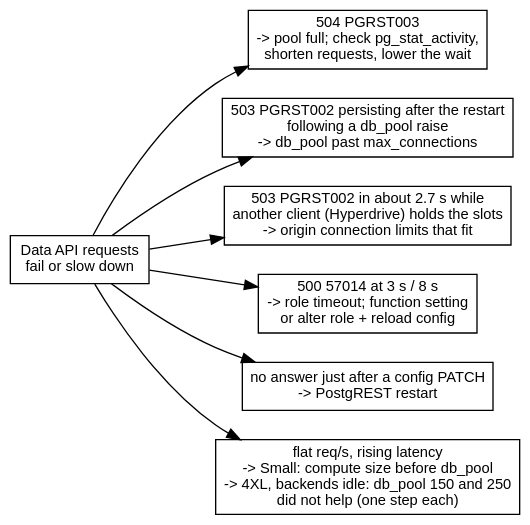
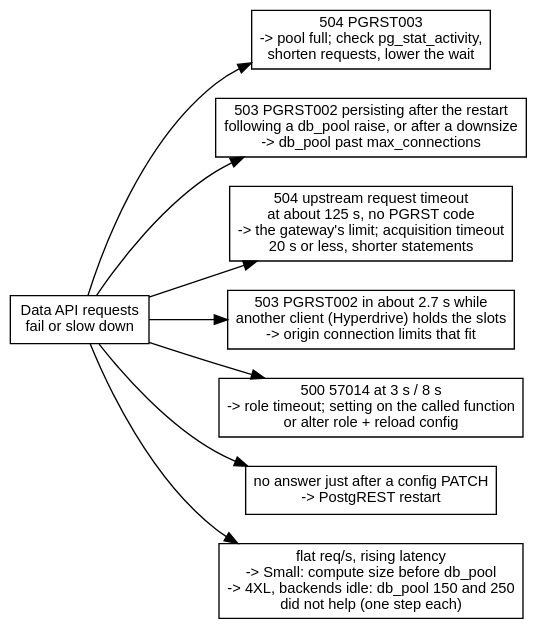
The second of 2 diagrams in src/content/docs/reference/supabase-data-api-capacity.mdx (erfianugrah/lexicanum), drawn with Graphviz before and after one commit. The commit also changed other lines of this file and 6 other files, not shown here.

````diff
--- a/src/content/docs/reference/supabase-data-api-capacity.mdx
+++ b/src/content/docs/reference/supabase-data-api-capacity.mdx
@@ -400,18 +496,19 @@
 ```dot
 digraph {
   rankdir=LR; bgcolor="transparent"; nodesep=0.3; ranksep=0.7;
   fontname="Helvetica,Arial,sans-serif";
   node [fontname="Helvetica,Arial,sans-serif", fontsize=11, shape=box];
   edge [fontname="Helvetica,Arial,sans-serif", fontsize=9];
 
   s [label="Data API requests\nfail or slow down"];
   p3 [label="504 PGRST003\n-> pool full; check pg_stat_activity,\nshorten requests, lower the wait"];
-  p2 [label="503 PGRST002 persisting after the restart\nfollowing a db_pool raise\n-> db_pool past max_connections"];
+  p2 [label="503 PGRST002 persisting after the restart\nfollowing a db_pool raise, or after a downsize\n-> db_pool past max_connections"];
+  g [label="504 upstream request timeout\nat about 125 s, no PGRST code\n-> the gateway's limit; acquisition timeout\n20 s or less, shorter statements"];
   h [label="503 PGRST002 in about 2.7 s while\nanother client (Hyperdrive) holds the slots\n-> origin connection limits that fit"];
-  t [label="500 57014 at 3 s / 8 s\n-> role timeout; function setting\nor alter role + reload config"];
+  t [label="500 57014 at 3 s / 8 s\n-> role timeout; setting on the called function\nor alter role + reload config"];
   r [label="no answer just after a config PATCH\n-> PostgREST restart"];
   c [label="flat req/s, rising latency\n-> Small: compute size before db_pool\n-> 4XL, backends idle: db_pool 150 and 250\ndid not help (one step each)"];
 
-  s -> p3; s -> p2; s -> h; s -> t; s -> r; s -> c;
+  s -> p3; s -> p2; s -> g; s -> h; s -> t; s -> r; s -> c;
 }
 ```
````
